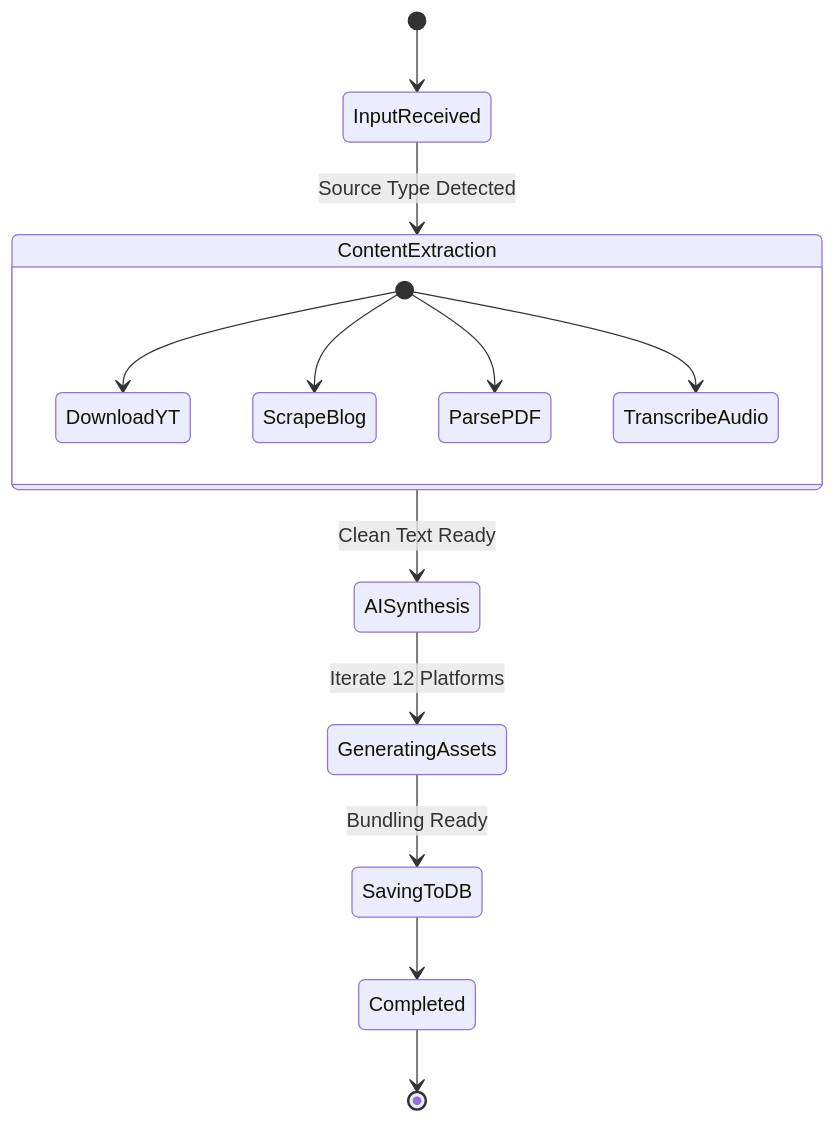
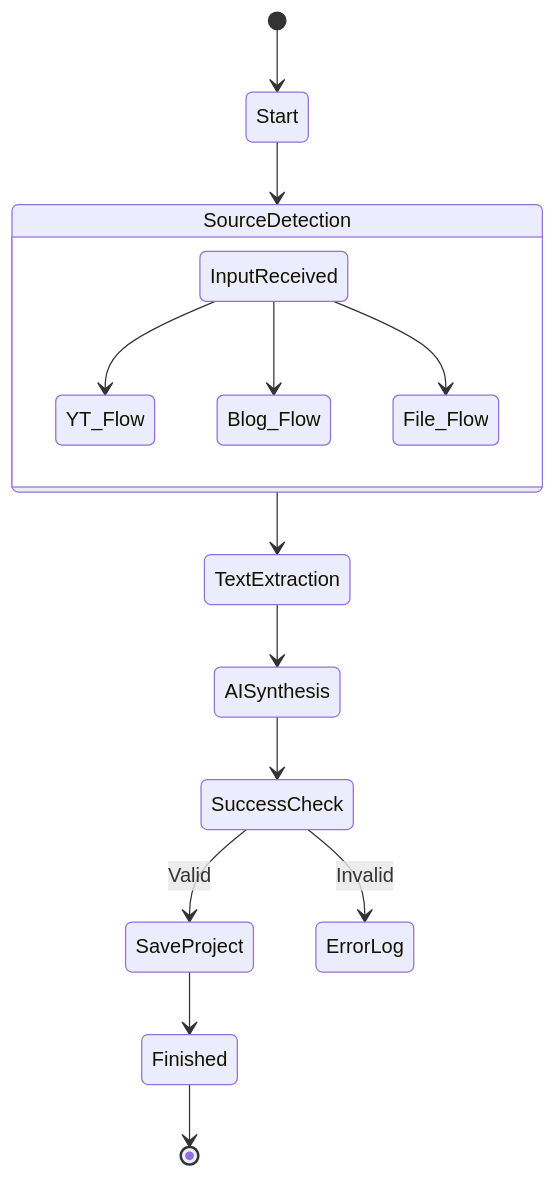
One commit to naresh-rn/echoly changed the ninth of 20 diagrams in ALL_DIAGRAMS.md. Above: the diagram before and after it, drawn with Mermaid. The commit also changed other lines of this file and 1 other file, not shown here.

Commit message:
docs: repair diagram rendering and finalize comprehensive architecture dossier

````diff
--- a/ALL_DIAGRAMS.md
+++ b/ALL_DIAGRAMS.md
@@ -249,16 +247,17 @@
 ```mermaid
 stateDiagram-v2
-    [*] --> InputReceived
-    InputReceived --> ContentExtraction : Source Type Detected
-    state ContentExtraction {
-        [*] --> DownloadYT
-        [*] --> ScrapeBlog
-        [*] --> ParsePDF
-        [*] --> TranscribeAudio
+    [*] --> Start
+    Start --> SourceDetection
+    state SourceDetection {
+        InputReceived --> YT_Flow
+        InputReceived --> Blog_Flow
+        InputReceived --> File_Flow
     }
-    ContentExtraction --> AISynthesis : Clean Text Ready
-    AISynthesis --> GeneratingAssets : Iterate 12 Platforms
-    GeneratingAssets --> SavingToDB : Bundling Ready
-    SavingToDB --> Completed
-    Completed --> [*]
+    SourceDetection --> TextExtraction
+    TextExtraction --> AISynthesis
+    AISynthesis --> SuccessCheck
+    SuccessCheck --> SaveProject : Valid
+    SuccessCheck --> ErrorLog : Invalid
+    SaveProject --> Finished
+    Finished --> [*]
 ```
````
